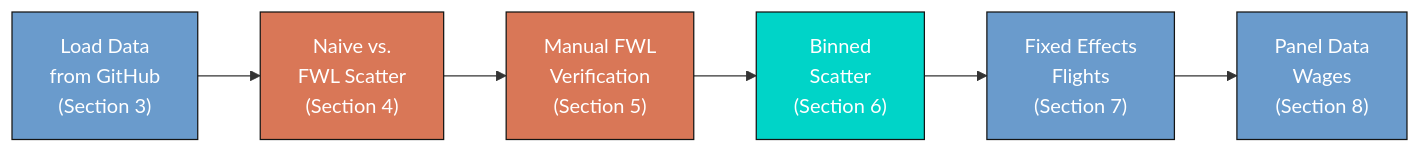
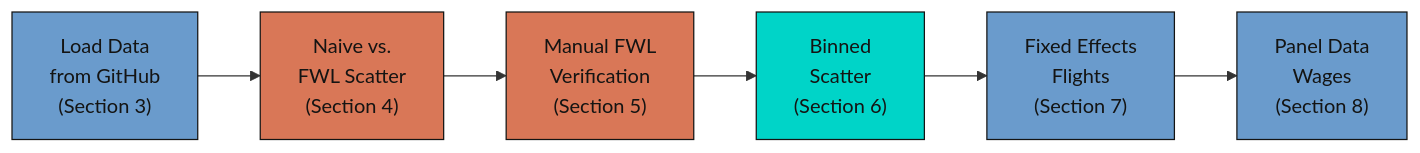
Before and after one commit to cmg777/starter-academic-v501: the first of 2 diagrams in content/post/stata_fwl/index.md, drawn with Mermaid. The commit also changed other lines of this file and 67 other files, not shown here.

First line of the commit message:
fix(mermaid): readable diagram text in both themes across the site

````diff
--- a/content/post/stata_fwl/index.md
+++ b/content/post/stata_fwl/index.md
@@ -237,15 +237,15 @@
 ```mermaid
 graph LR
     A["Load Data<br/>from GitHub<br/>(Section 3)"] --> B["Naive vs.<br/>FWL Scatter<br/>(Section 4)"]
     B --> C["Manual FWL<br/>Verification<br/>(Section 5)"]
     C --> D["Binned<br/>Scatter<br/>(Section 6)"]
     D --> E["Fixed Effects<br/>Flights<br/>(Section 7)"]
     E --> F["Panel Data<br/>Wages<br/>(Section 8)"]
 
-    style A fill:#6a9bcc,stroke:#141413,color:#fff
-    style B fill:#d97757,stroke:#141413,color:#fff
-    style C fill:#d97757,stroke:#141413,color:#fff
-    style D fill:#00d4c8,stroke:#141413,color:#fff
-    style E fill:#6a9bcc,stroke:#141413,color:#fff
-    style F fill:#6a9bcc,stroke:#141413,color:#fff
+    style A fill:#6a9bcc,stroke:#141413,color:#141413
+    style B fill:#d97757,stroke:#141413,color:#141413
+    style C fill:#d97757,stroke:#141413,color:#141413
+    style D fill:#00d4c8,stroke:#141413,color:#141413
+    style E fill:#6a9bcc,stroke:#141413,color:#141413
+    style F fill:#6a9bcc,stroke:#141413,color:#141413
 ```
````
